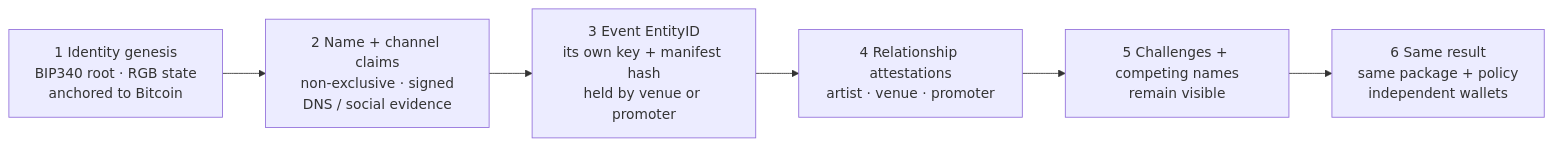
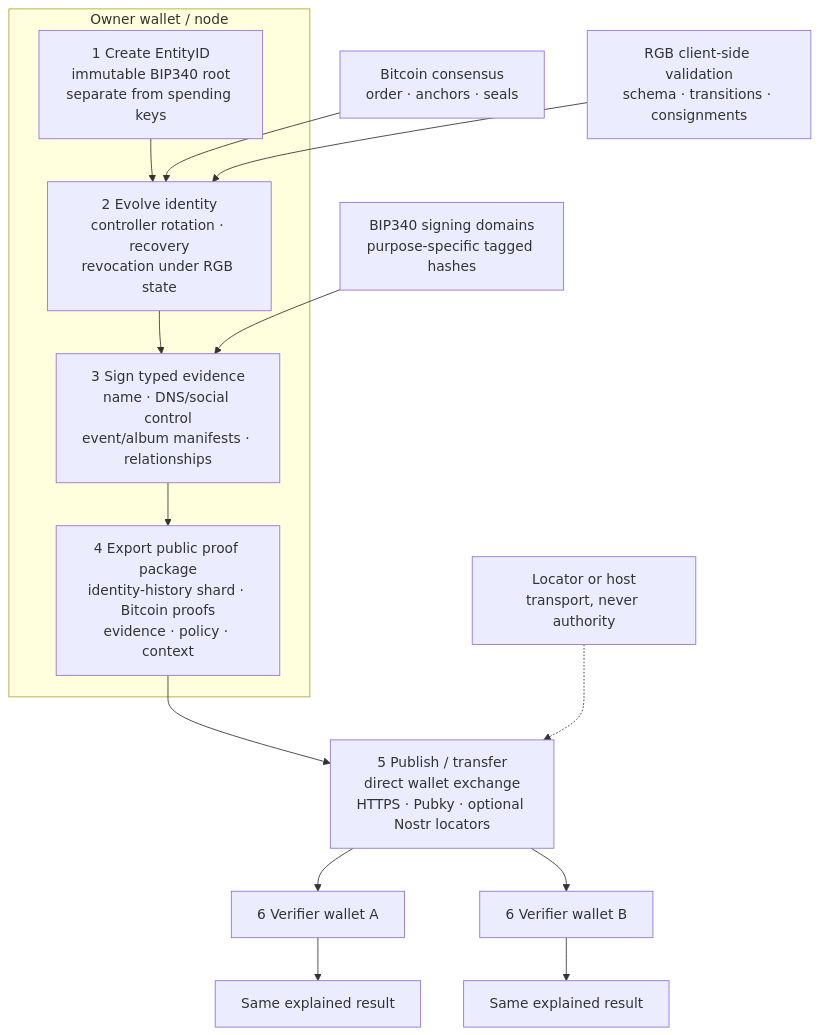
Before and after one commit to EdwinKestler/o2a-protocol: the second of 3 diagrams in docs/diagrams/02-end-to-end-protocol-flow.md, drawn with Mermaid. The commit also changed other lines of this file and 11 other files, not shown here.

Commit message:
Update protocol diagrams and framework

````diff
--- a/docs/diagrams/02-end-to-end-protocol-flow.md
+++ b/docs/diagrams/02-end-to-end-protocol-flow.md
@@ -24,8 +24,22 @@
 ```mermaid
-flowchart LR
-    E["1 Identity genesis<br/>BIP340 root · RGB state<br/>anchored to Bitcoin"] --> C["2 Name + channel claims<br/>non-exclusive · signed<br/>DNS / social evidence"]
-    C --> V["3 Event EntityID<br/>its own key + manifest hash<br/>held by venue or promoter"]
-    V --> A["4 Relationship attestations<br/>artist · venue · promoter"]
-    A --> X["5 Challenges + competing names<br/>remain visible"]
-    X --> P["6 Same result<br/>same package + policy<br/>independent wallets"]
+flowchart TB
+    subgraph OWNER["Owner wallet / node"]
+        E["1 Create EntityID<br/>immutable BIP340 root<br/>separate from spending keys"]
+        L["2 Evolve identity<br/>controller rotation · recovery<br/>revocation under RGB state"]
+        S["3 Sign typed evidence<br/>name · DNS/social control<br/>event/album manifests · relationships"]
+        PKG["4 Export public proof package<br/>identity-history shard · Bitcoin proofs<br/>evidence · policy · context"]
+        E --> L --> S --> PKG
+    end
+
+    BTC["Bitcoin consensus<br/>order · anchors · seals"] --> L
+    RGB["RGB client-side validation<br/>schema · transitions · consignments"] --> L
+    TAG["BIP340 signing domains<br/>purpose-specific tagged hashes"] --> S
+
+    PKG --> X["5 Publish / transfer<br/>direct wallet exchange<br/>HTTPS · Pubky · optional Nostr locators"]
+    X --> V1["6 Verifier wallet A"]
+    X --> V2["6 Verifier wallet B"]
+    V1 --> R1["Same explained result"]
+    V2 --> R2["Same explained result"]
+
+    LOC["Locator or host<br/>transport, never authority"] -.-> X
 ```
````
